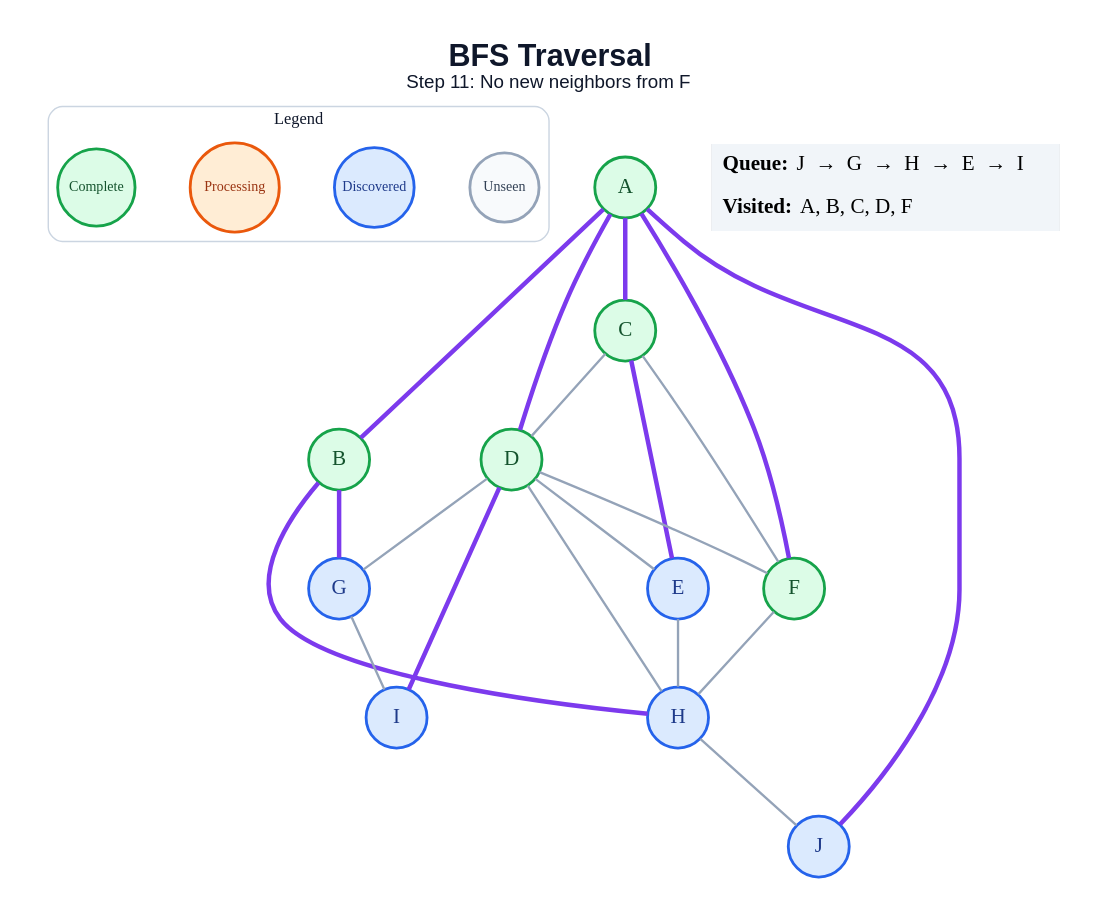
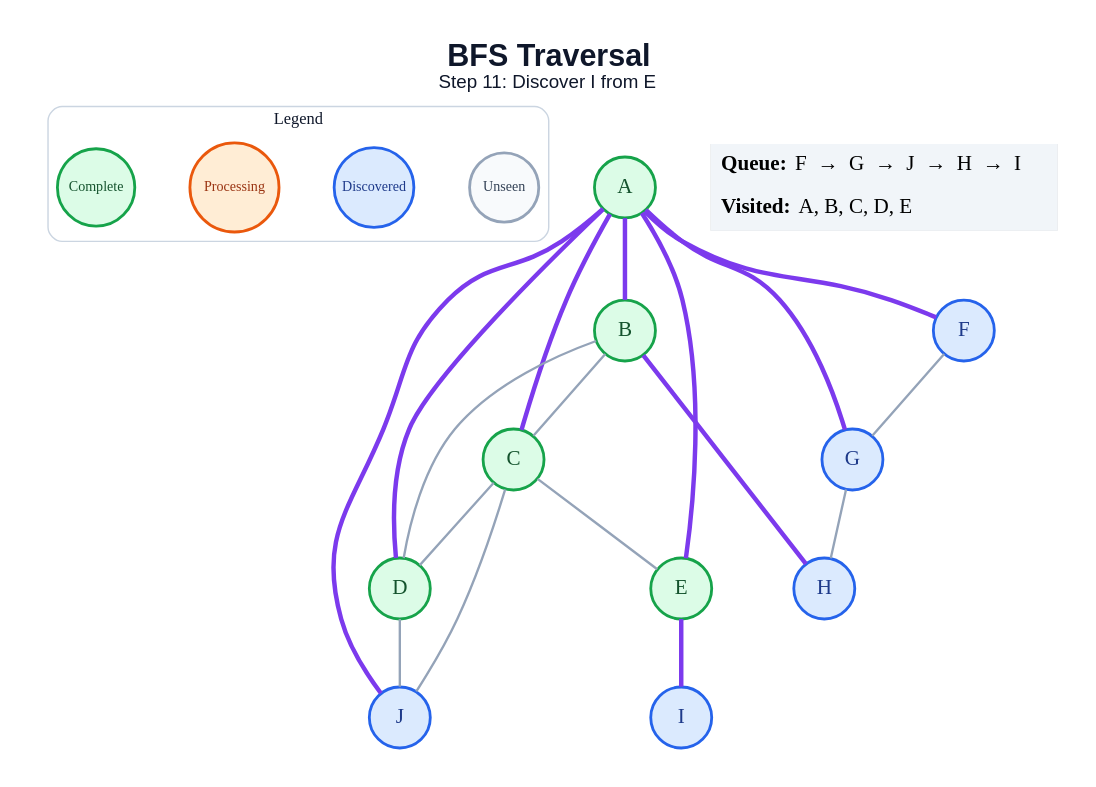
Before and after one commit to anon7238593-create/ai-slop: the diagram in generated/bfs/step_11.dot, drawn with Graphviz. The commit also changed 178 other files, not shown here.

```diff
--- a/generated/bfs/step_11.dot
+++ b/generated/bfs/step_11.dot
@@ -1,48 +1,46 @@
 graph traversal {
   graph [layout=dot, rankdir=TB, bgcolor="#FFFFFF", pad="0.35", nodesep="0.65", ranksep="0.8", fontname="Arial"];
   node [shape=circle, style="filled", fontname="Arial Bold", fontsize=18, width=0.72, fixedsize=true, penwidth=2.4];
   edge [color="#94A3B8", penwidth=2.0];
-  label=<<B>BFS Traversal</B><BR/><FONT POINT-SIZE="16">Step 11: No new neighbors from F</FONT>>; labelloc="t"; fontsize=26; fontname="Arial"; fontcolor="#0F172A";
+  label=<<B>BFS Traversal</B><BR/><FONT POINT-SIZE="16">Step 11: Discover I from E</FONT>>; labelloc="t"; fontsize=26; fontname="Arial"; fontcolor="#0F172A";
   subgraph cluster_legend { label="Legend"; color="#CBD5E1"; penwidth=1.2; style="rounded"; fontsize=14; fontname="Arial Bold";
     key_unseen [label="Unseen", fillcolor="#F8FAFC", color="#94A3B8", fontcolor="#334155", fontsize=12, width=0.82];
     key_frontier [label="Discovered", fillcolor="#DBEAFE", color="#2563EB", fontcolor="#1E3A8A", fontsize=12, width=0.95];
     key_current [label="Processing", fillcolor="#FFEDD5", color="#EA580C", fontcolor="#9A3412", fontsize=12, width=1.05];
     key_done [label="Complete", fillcolor="#DCFCE7", color="#16A34A", fontcolor="#14532D", fontsize=12, width=0.92];
     { rank=same; key_unseen; key_frontier; key_current; key_done; }
   }
   A [fillcolor="#DCFCE7", color="#16A34A", fontcolor="#14532D"];
   B [fillcolor="#DCFCE7", color="#16A34A", fontcolor="#14532D"];
   C [fillcolor="#DCFCE7", color="#16A34A", fontcolor="#14532D"];
   D [fillcolor="#DCFCE7", color="#16A34A", fontcolor="#14532D"];
-  E [fillcolor="#DBEAFE", color="#2563EB", fontcolor="#1E3A8A"];
-  F [fillcolor="#DCFCE7", color="#16A34A", fontcolor="#14532D"];
+  E [fillcolor="#DCFCE7", color="#16A34A", fontcolor="#14532D"];
+  F [fillcolor="#DBEAFE", color="#2563EB", fontcolor="#1E3A8A"];
   G [fillcolor="#DBEAFE", color="#2563EB", fontcolor="#1E3A8A"];
   H [fillcolor="#DBEAFE", color="#2563EB", fontcolor="#1E3A8A"];
   I [fillcolor="#DBEAFE", color="#2563EB", fontcolor="#1E3A8A"];
   J [fillcolor="#DBEAFE", color="#2563EB", fontcolor="#1E3A8A"];
   A -- B [color="#7C3AED", penwidth=3.8];
   A -- C [color="#7C3AED", penwidth=3.8];
   A -- D [color="#7C3AED", penwidth=3.8];
+  A -- E [color="#7C3AED", penwidth=3.8];
   A -- F [color="#7C3AED", penwidth=3.8];
+  A -- G [color="#7C3AED", penwidth=3.8];
   A -- J [color="#7C3AED", penwidth=3.8];
-  B -- G [color="#7C3AED", penwidth=3.8];
+  B -- C;
+  B -- D;
   B -- H [color="#7C3AED", penwidth=3.8];
   C -- D;
-  C -- E [color="#7C3AED", penwidth=3.8];
-  C -- F;
-  D -- E;
-  D -- F;
-  D -- G;
-  D -- H;
-  D -- I [color="#7C3AED", penwidth=3.8];
-  E -- H;
-  F -- H;
-  G -- I;
-  H -- J;
+  C -- E;
+  C -- J;
+  D -- J;
+  E -- I [color="#7C3AED", penwidth=3.8];
+  F -- G;
+  G -- H;
   status [shape=plain, fixedsize=false, width=0, height=0, margin=0, label=<
     <TABLE BORDER="0" CELLBORDER="0" CELLPADDING="7" BGCOLOR="#F1F5F9">
-      <TR><TD ALIGN="LEFT"><B>Queue:</B> J  →  G  →  H  →  E  →  I</TD></TR>
-      <TR><TD ALIGN="LEFT"><B>Visited:</B> A, B, C, D, F</TD></TR>
+      <TR><TD ALIGN="LEFT"><B>Queue:</B> F  →  G  →  J  →  H  →  I</TD></TR>
+      <TR><TD ALIGN="LEFT"><B>Visited:</B> A, B, C, D, E</TD></TR>
     </TABLE>
   >];
 }
```
